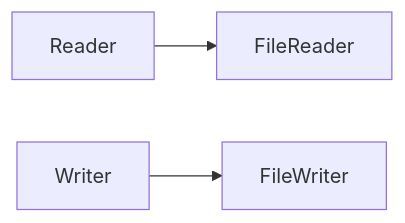
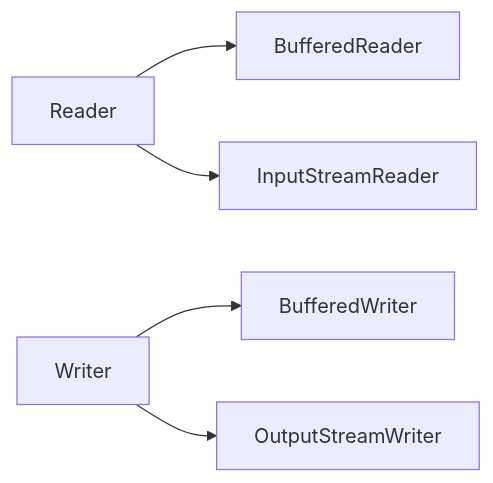
The fifth of 8 diagrams in _posts/java/2026-05-01-java-io.md (yjkim2015/yjkim2015.github.io), drawn with Mermaid before and after one commit. The commit also changed other lines of this file and 4 other files, not shown here.

````diff
--- a/_posts/java/2026-05-01-java-io.md
+++ b/_posts/java/2026-05-01-java-io.md
@@ -58,5 +237,7 @@
 ```mermaid
 graph LR
-    RD["Reader"] --> FR["FileReader"]
-    WR["Writer"] --> FW["FileWriter"]
+    RD["Reader"] --> BR["BufferedReader"]
+    RD --> ISR["InputStreamReader"]
+    WR["Writer"] --> BW["BufferedWriter"]
+    WR --> OSW["OutputStreamWriter"]
 ```
````
